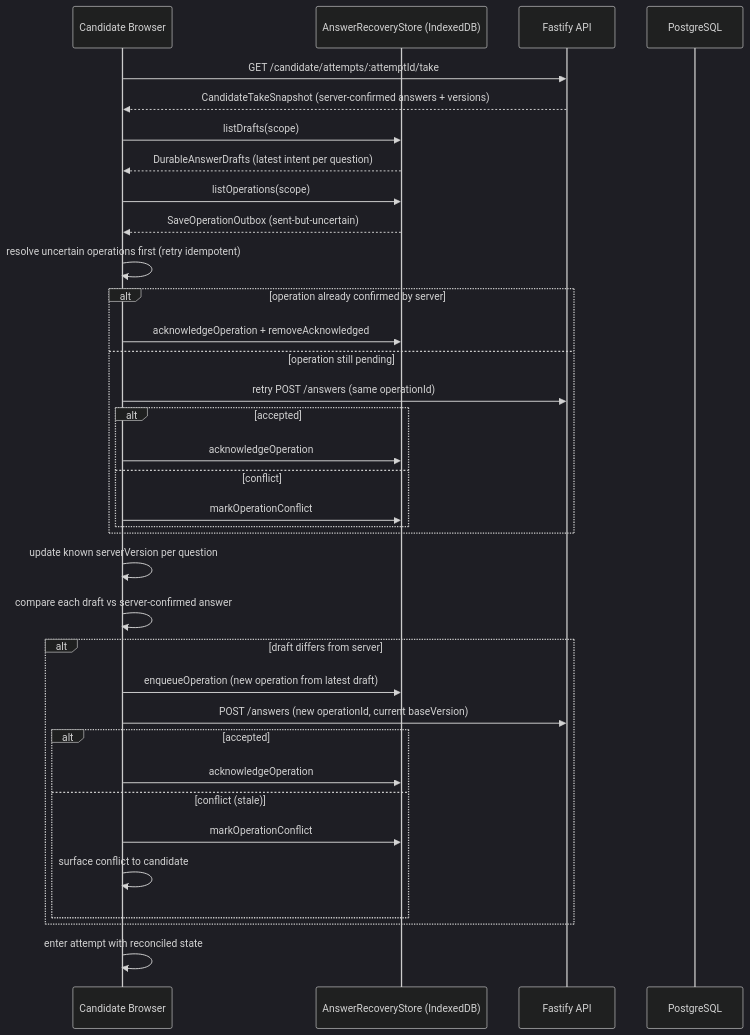
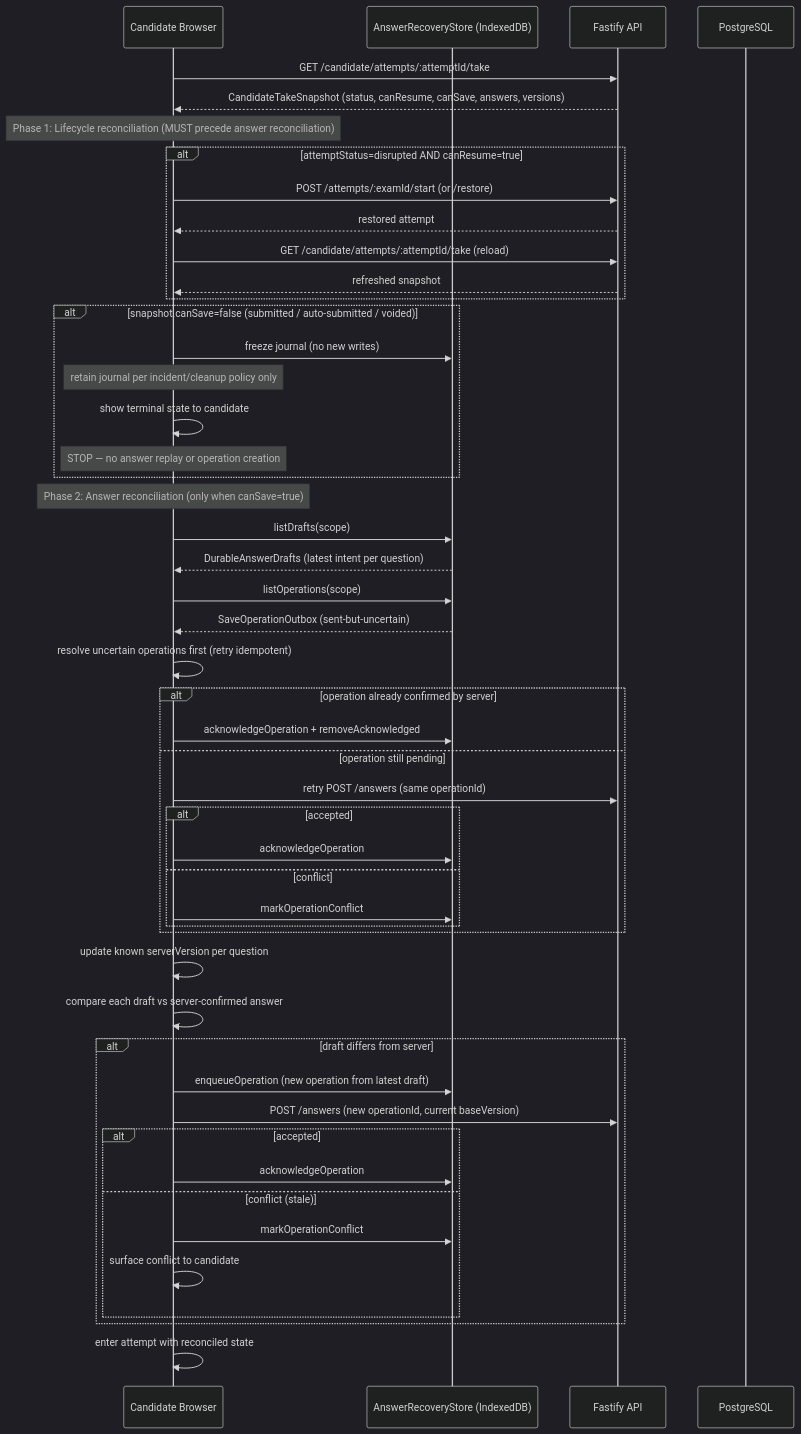
The third of 7 diagrams in docs/architecture/exam-system/candidate-recovery.md (jnhu76/exam), drawn with Mermaid (dark theme) before and after one commit. The commit also changed other lines of this file and 3 other files, not shown here.

First line of the commit message:
docs(adr-012): freeze lifecycle-first recovery and dual-state submit barrier

````diff
--- a/docs/architecture/exam-system/candidate-recovery.md
+++ b/docs/architecture/exam-system/candidate-recovery.md
@@ -60,38 +60,57 @@
 ```mermaid
 sequenceDiagram
     participant C as Candidate Browser
     participant J as AnswerRecoveryStore (IndexedDB)
     participant API as Fastify API
     participant DB as PostgreSQL
 
     C->>API: GET /candidate/attempts/:attemptId/take
-    API-->>C: CandidateTakeSnapshot (server-confirmed answers + versions)
+    API-->>C: CandidateTakeSnapshot (status, canResume, canSave, answers, versions)
+
+    Note over C: Phase 1: Lifecycle reconciliation (MUST precede answer reconciliation)
+
+    alt attemptStatus=disrupted AND canResume=true
+        C->>API: POST /attempts/:examId/start (or /restore)
+        API-->>C: restored attempt
+        C->>API: GET /candidate/attempts/:attemptId/take (reload)
+        API-->>C: refreshed snapshot
+    end
+
+    alt snapshot.canSave=false (submitted / auto-submitted / voided)
+        C->>J: freeze journal (no new writes)
+        Note over C: retain journal per incident/cleanup policy only
+        C->>C: show terminal state to candidate
+        Note over C: STOP — no answer replay or operation creation
+    end
+
+    Note over C: Phase 2: Answer reconciliation (only when canSave=true)
+
     C->>J: listDrafts(scope)
     J-->>C: DurableAnswerDrafts (latest intent per question)
     C->>J: listOperations(scope)
     J-->>C: SaveOperationOutbox (sent-but-uncertain)
     C->>C: resolve uncertain operations first (retry idempotent)
     alt operation already confirmed by server
         C->>J: acknowledgeOperation + removeAcknowledged
     else operation still pending
         C->>API: retry POST /answers (same operationId)
         alt accepted
             C->>J: acknowledgeOperation
         else conflict
             C->>J: markOperationConflict
         end
     end
     C->>C: update known serverVersion per question
     C->>C: compare each draft vs server-confirmed answer
     alt draft differs from server
         C->>J: enqueueOperation (new operation from latest draft)
         C->>API: POST /answers (new operationId, current baseVersion)
         alt accepted
             C->>J: acknowledgeOperation
         else conflict (stale)
             C->>J: markOperationConflict
             C->>C: surface conflict to candidate
         end
     end
     C->>C: enter attempt with reconciled state
 ```
````
